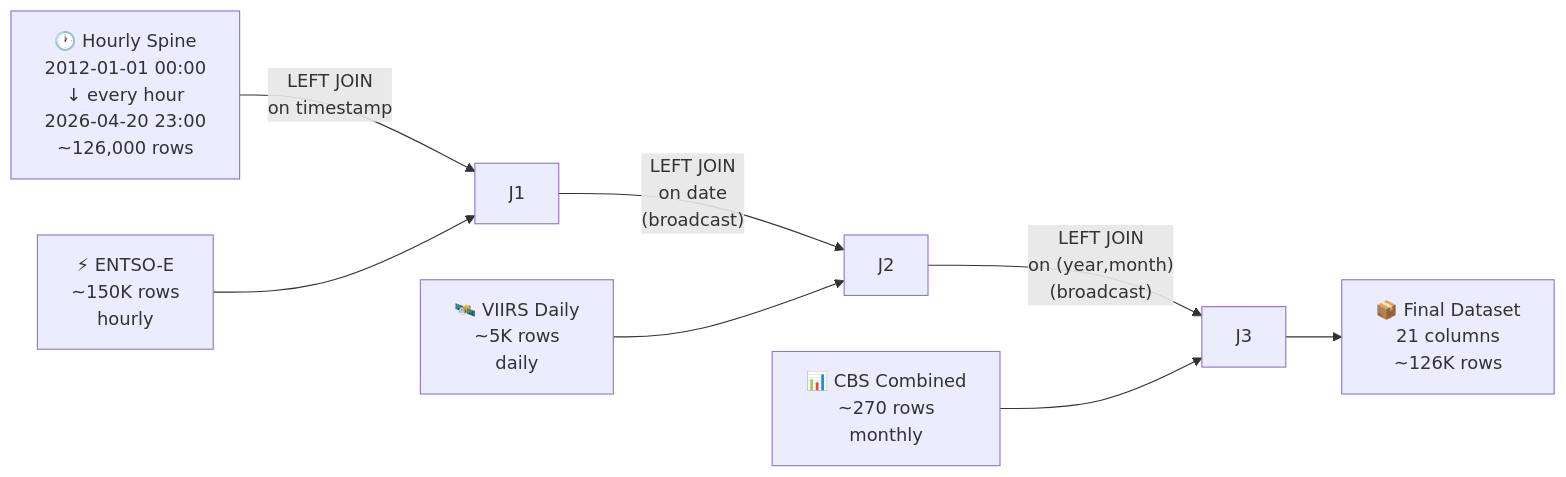
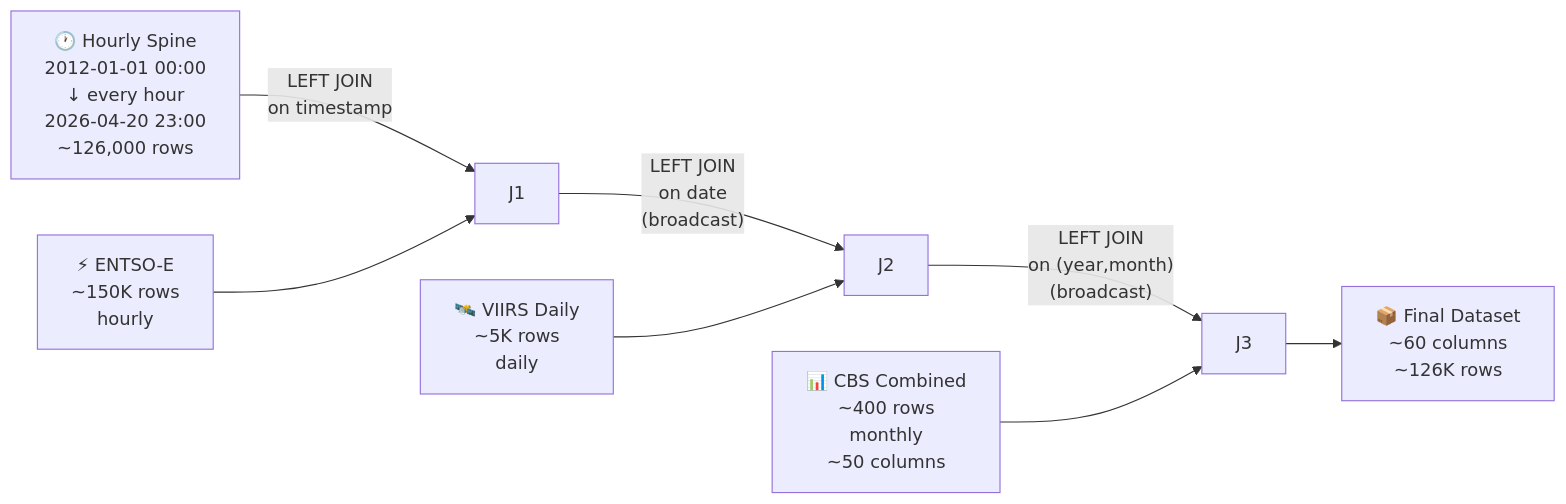
The second of 3 diagrams in pipeline_architecture.md (malakkhan/energy-demand-forecast-nl), drawn with Mermaid before and after one commit. The commit also changed other lines of this file and 4 other files, not shown here.

````diff
--- a/pipeline_architecture.md
+++ b/pipeline_architecture.md
@@ -297,19 +364,19 @@
 ```mermaid
 flowchart LR
     SPINE["🕐 Hourly Spine\n2012-01-01 00:00\n   ↓ every hour\n2026-04-20 23:00\n~126,000 rows"]
 
     E["⚡ ENTSO-E\n~150K rows\nhourly"]
     V["🛰️ VIIRS Daily\n~5K rows\ndaily"]
-    C["📊 CBS Combined\n~270 rows\nmonthly"]
+    C["📊 CBS Combined\n~400 rows\nmonthly\n~50 columns"]
 
     SPINE -->|"LEFT JOIN\non timestamp"| J1
     E --> J1
 
     J1 -->|"LEFT JOIN\non date\n(broadcast)"| J2
     V --> J2
 
     J2 -->|"LEFT JOIN\non (year,month)\n(broadcast)"| J3
     C --> J3
 
-    J3 --> OUT["📦 Final Dataset\n21 columns\n~126K rows"]
+    J3 --> OUT["📦 Final Dataset\n~60 columns\n~126K rows"]
 ```
````
